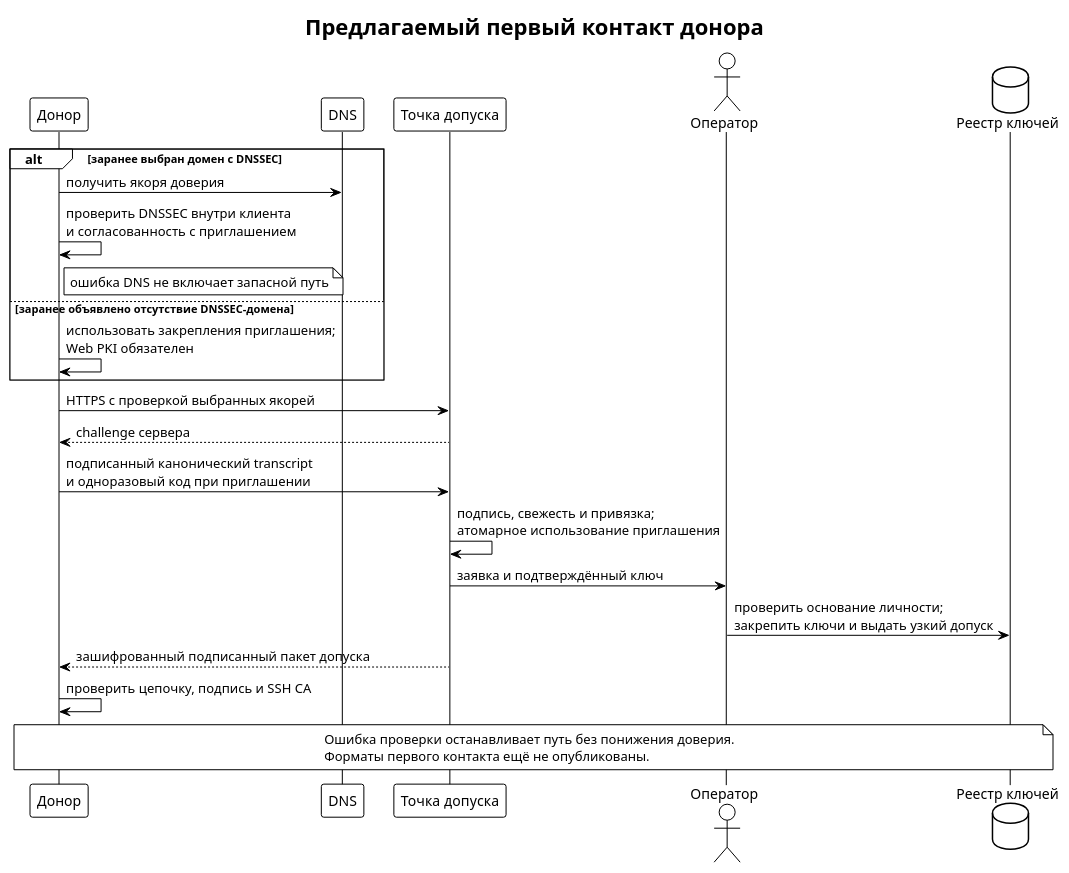
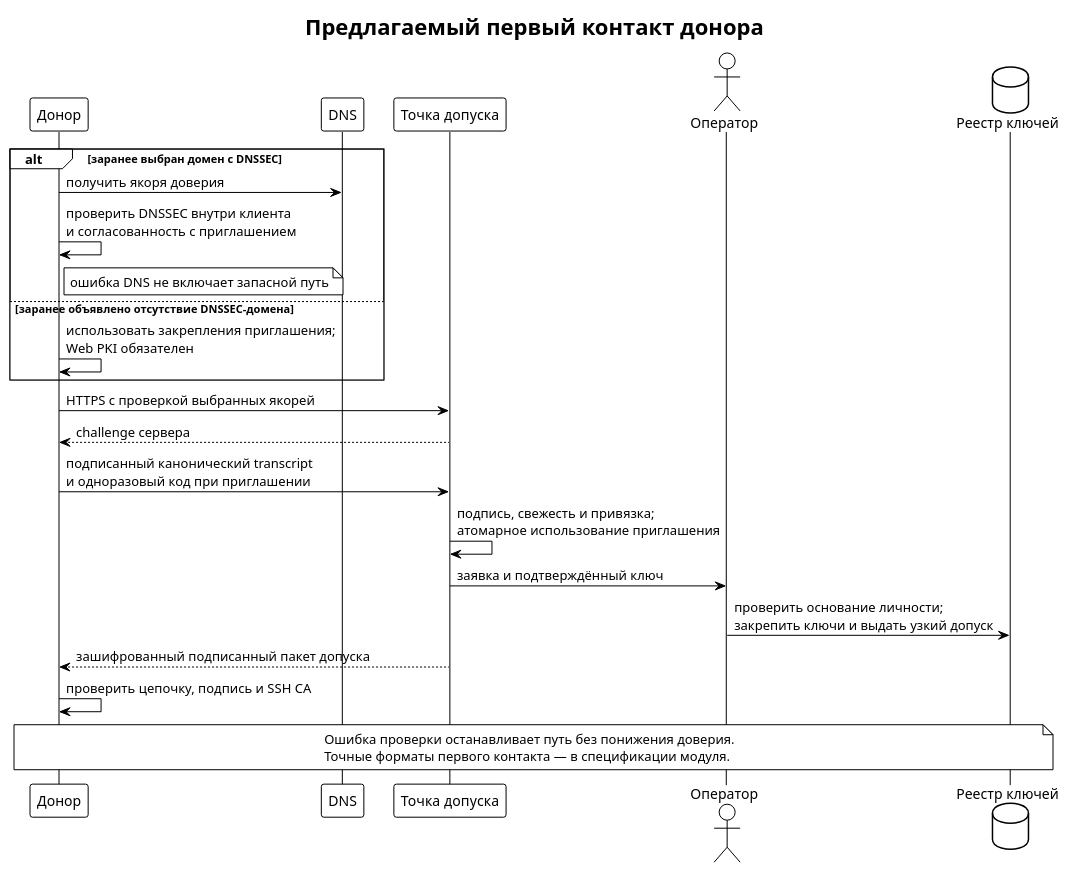
One commit to relux-works/swarma-docs changed the diagram in book/src/join-handshake.puml. Above: the diagram before and after it, drawn with PlantUML. The commit also changed 51 other files, not shown here.

```diff
--- a/book/src/join-handshake.puml
+++ b/book/src/join-handshake.puml
@@ -1,30 +1,30 @@
 @startuml join-handshake
 !theme plain
 skinparam defaultFontName "PT Sans"
 skinparam shadowing false
 title Предлагаемый первый контакт донора
 participant "Донор" as C
 participant "DNS" as DNS
 participant "Точка допуска" as J
 actor "Оператор" as O
 database "Реестр ключей" as R
 alt заранее выбран домен с DNSSEC
   C -> DNS : получить якоря доверия
   C -> C : проверить DNSSEC внутри клиента\nи согласованность с приглашением
   note right of C : ошибка DNS не включает запасной путь
 else заранее объявлено отсутствие DNSSEC-домена
   C -> C : использовать закрепления приглашения;\nWeb PKI обязателен
 end
 C -> J : HTTPS с проверкой выбранных якорей
 J --> C : challenge сервера
 C -> J : подписанный канонический transcript\nи одноразовый код при приглашении
 J -> J : подпись, свежесть и привязка;\nатомарное использование приглашения
 J -> O : заявка и подтверждённый ключ
 O -> R : проверить основание личности;\nзакрепить ключи и выдать узкий допуск
 J --> C : зашифрованный подписанный пакет допуска
 C -> C : проверить цепочку, подпись и SSH CA
 note over C, R
   Ошибка проверки останавливает путь без понижения доверия.
-  Форматы первого контакта ещё не опубликованы.
+  Точные форматы первого контакта — в спецификации модуля.
 end note
 @enduml
```
